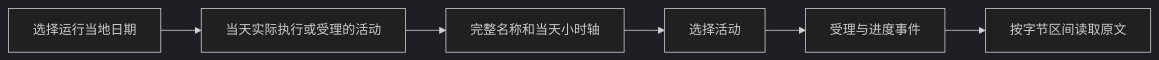
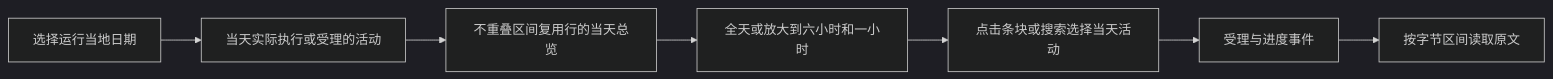
Before and after one commit to HoldThatThgt/WorldMock: the fourth of 4 diagrams in docs/design/05-recording-engine.md, drawn with Mermaid (dark theme). The commit also changed other lines of this file and 9 other files, not shown here.

````diff
--- a/docs/design/05-recording-engine.md
+++ b/docs/design/05-recording-engine.md
@@ -433,8 +435,9 @@
 ```mermaid
 flowchart LR
     Date[选择运行当地日期] --> Rows[当天实际执行或受理的活动]
-    Rows --> Time[完整名称和当天小时轴]
-    Time --> Pick[选择活动]
+    Rows --> Time[不重叠区间复用行的当天总览]
+    Time --> Zoom[全天或放大到六小时和一小时]
+    Zoom --> Pick[点击条块或搜索选择当天活动]
     Pick --> Sources[受理与进度事件]
     Sources --> Body[按字节区间读取原文]
 ```
````
